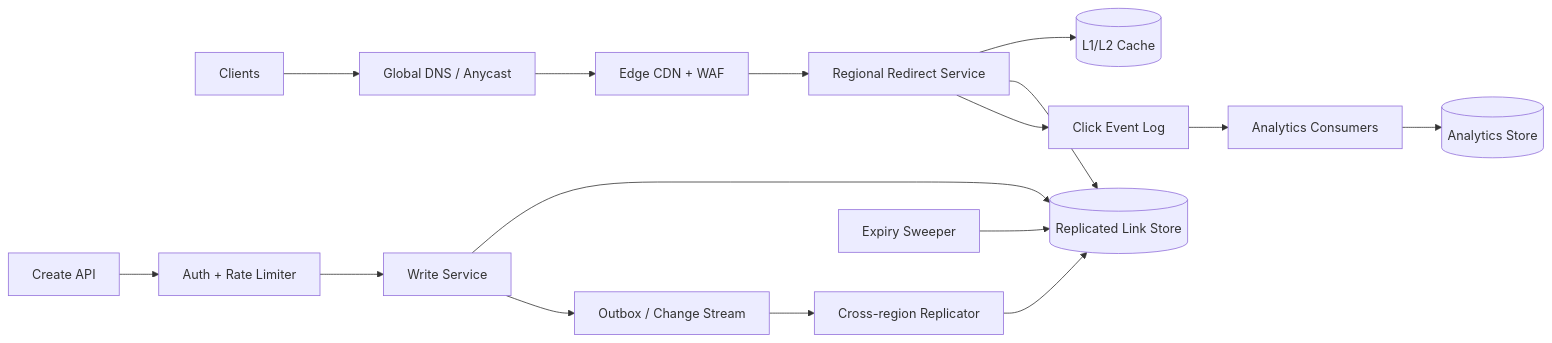
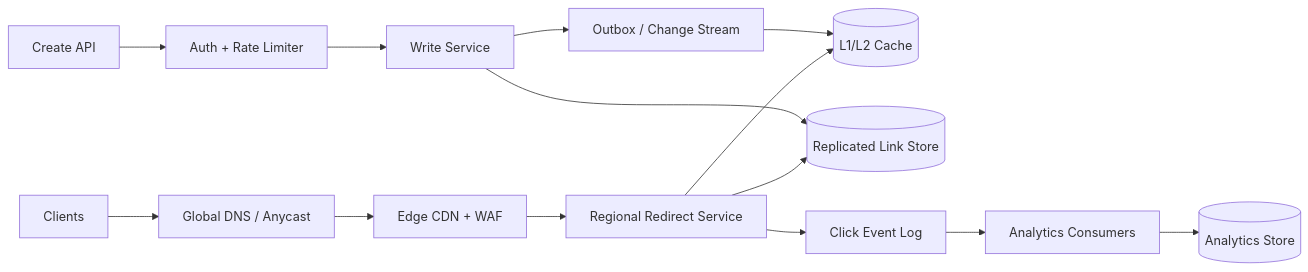
One commit to hungpt99-dev/java-guru changed the diagram in src/data/blog/en/system-design/url-shortener.md. Above: the diagram before and after it, drawn with Mermaid. The commit also changed other lines of this file and 7 other files, not shown here.

````diff
--- a/src/data/blog/en/system-design/url-shortener.md
+++ b/src/data/blog/en/system-design/url-shortener.md
@@ -127,18 +148,16 @@
 ```mermaid
 flowchart LR
   U[Clients] --> DNS[Global DNS / Anycast]
   DNS --> E[Edge CDN + WAF]
   E --> R[Regional Redirect Service]
   R --> C[(L1/L2 Cache)]
   R --> M[(Replicated Link Store)]
   R --> K[Click Event Log]
   K --> Q[Analytics Consumers]
   Q --> A[(Analytics Store)]
   W[Create API] --> Auth[Auth + Rate Limiter]
   Auth --> P[Write Service]
   P --> M
   P --> O[Outbox / Change Stream]
-  O --> Rep[Cross-region Replicator]
-  Rep --> M
-  Sweep[Expiry Sweeper] --> M
+  O --> C
 ```
````
